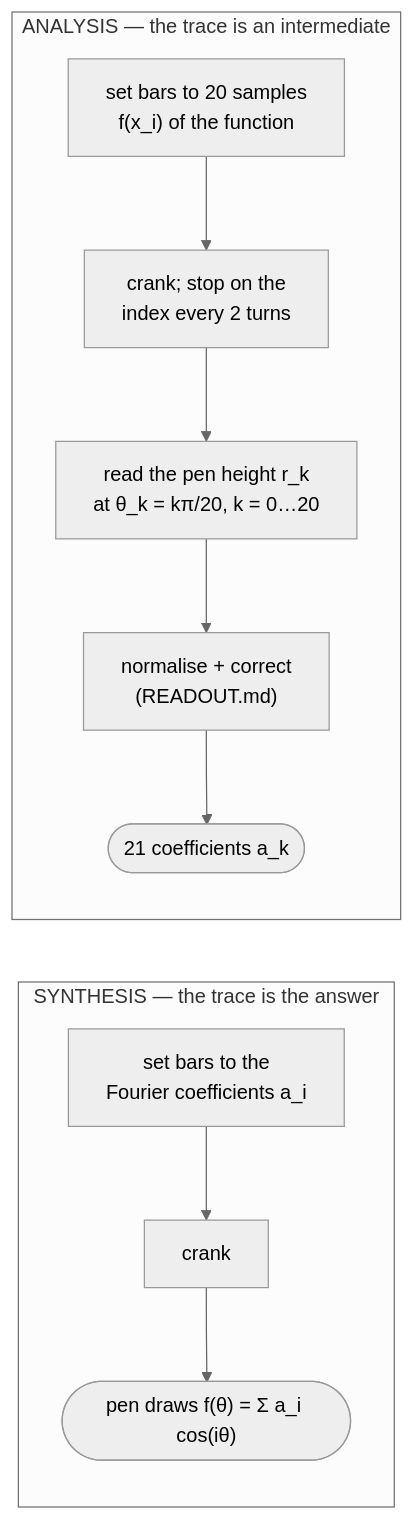
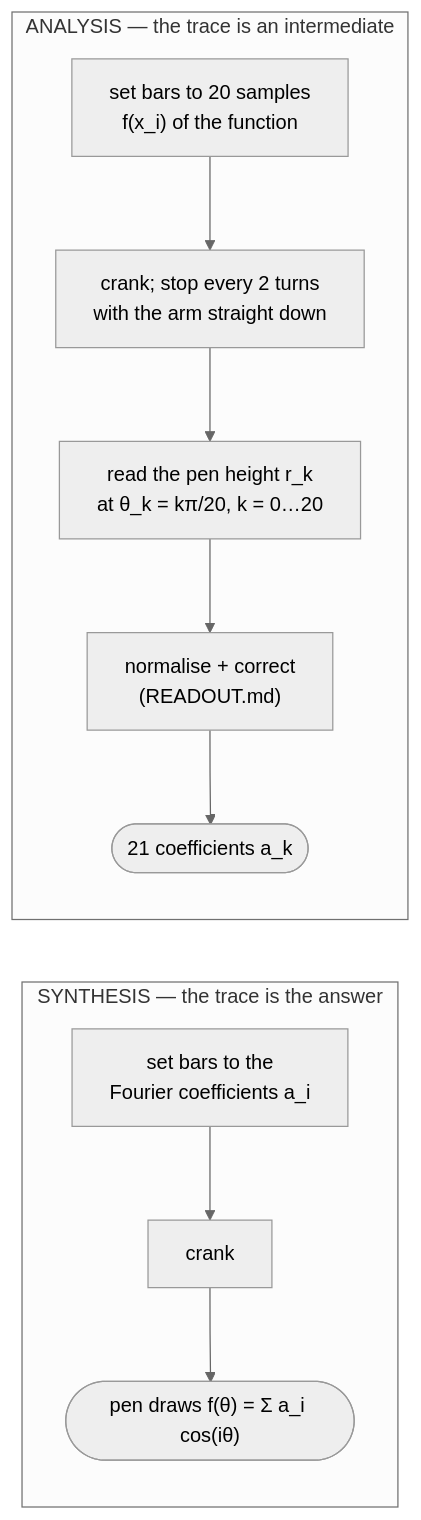
One commit to pedropaulovc/harmonic-analyzer changed the diagram in cad/docs/device-operation.md. Above: the diagram before and after it, drawn with Mermaid (neutral theme). The commit also changed other lines of this file and 4 other files, not shown here.

First line of the commit message:
docs: record the #1173/#1175 no-lock rulings and the #2385 arm-down readout

````diff
--- a/cad/docs/device-operation.md
+++ b/cad/docs/device-operation.md
@@ -33,9 +33,9 @@
 ```mermaid
 flowchart LR
     subgraph synthesis["SYNTHESIS — the trace is the answer"]
         a1["set bars to the<br/>Fourier coefficients a_i"] --> a2["crank"] --> a3(["pen draws f(θ) = Σ a_i cos(iθ)"])
     end
     subgraph analysis["ANALYSIS — the trace is an intermediate"]
-        b1["set bars to 20 samples<br/>f(x_i) of the function"] --> b2["crank; stop on the<br/>index every 2 turns"] --> b3["read the pen height r_k<br/>at θ_k = kπ/20, k = 0…20"] --> b4["normalise + correct<br/>(READOUT.md)"] --> b5(["21 coefficients a_k"])
+        b1["set bars to 20 samples<br/>f(x_i) of the function"] --> b2["crank; stop every 2 turns<br/>with the arm straight down"] --> b3["read the pen height r_k<br/>at θ_k = kπ/20, k = 0…20"] --> b4["normalise + correct<br/>(READOUT.md)"] --> b5(["21 coefficients a_k"])
     end
 ```
````
